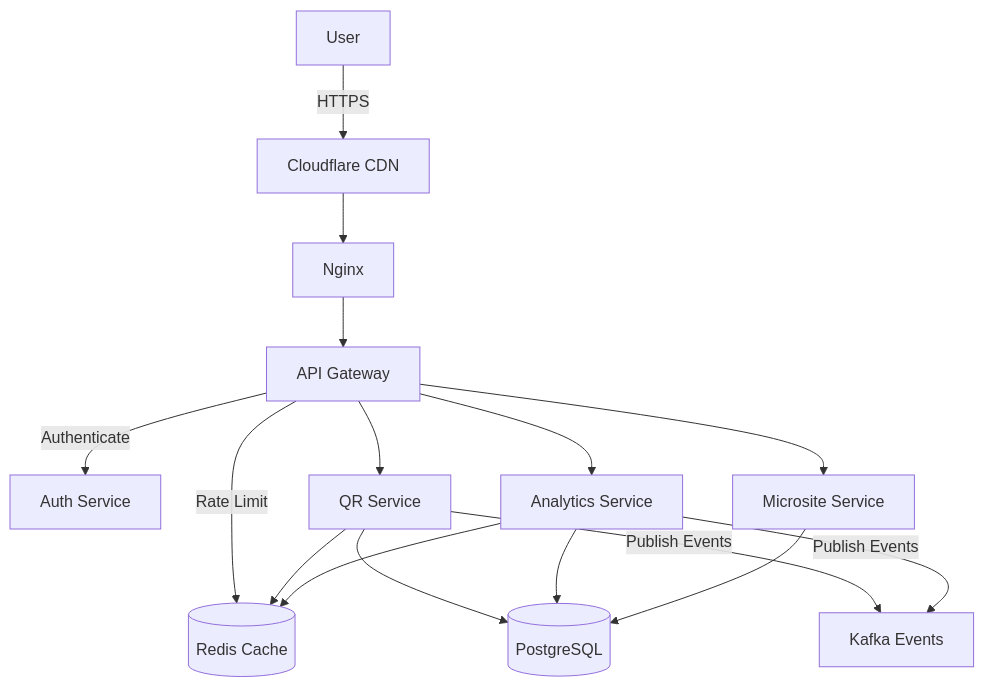
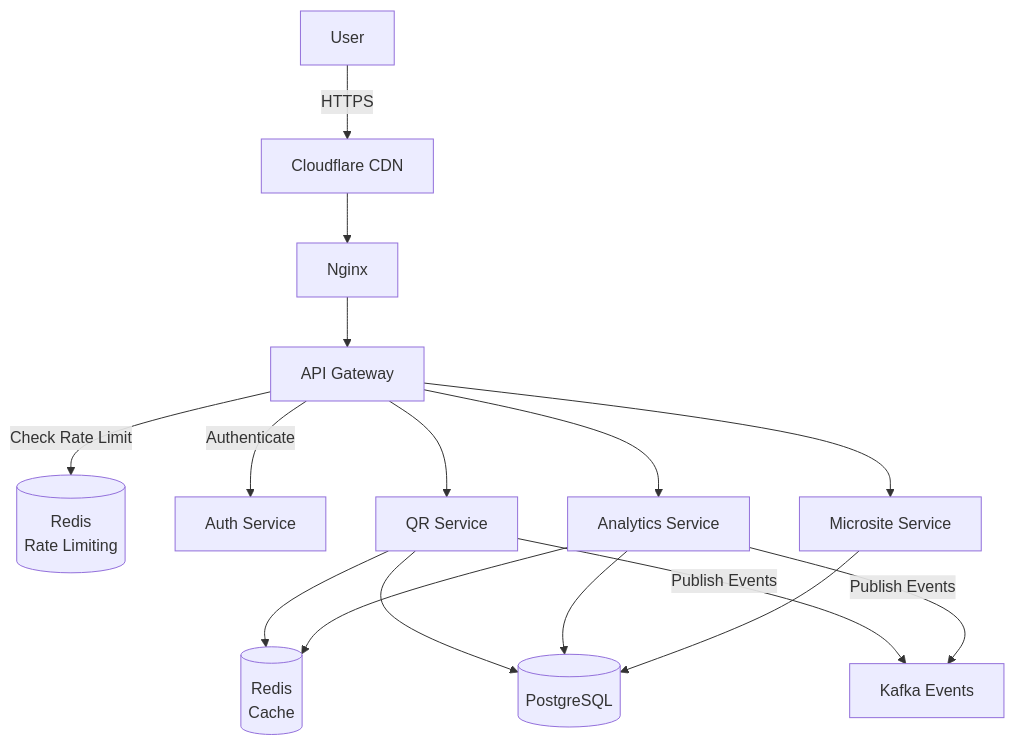
The first of 3 diagrams in README.md (Scanly-io/qr-backend), drawn with Mermaid before and after one commit.

Commit message:
Separate Redis instances to avoid criss-cross lines
- Split Redis into two visual nodes: Rate Limiting and Cache
- Gateway connects only to Rate Limit Redis (cleaner flow)
- Services connect only to Cache Redis (no crossing lines)
- Clearer separation of concerns in the diagram
- Easier to follow the data flow without confusion

````diff
--- a/README.md
+++ b/README.md
@@ -222,35 +222,37 @@
 ```mermaid
 flowchart TB
     User[User]
     CDN[Cloudflare CDN]
     Nginx[Nginx]
     Gateway[API Gateway]
+    RateLimitRedis[(Redis<br/>Rate Limiting)]
     Auth[Auth Service]
     QR[QR Service]
     Analytics[Analytics Service]
     Microsite[Microsite Service]
+    CacheRedis[(Redis<br/>Cache)]
     Postgres[(PostgreSQL)]
-    Redis[(Redis Cache)]
     Kafka[Kafka Events]
     
     User -->|HTTPS| CDN
     CDN --> Nginx
     Nginx --> Gateway
     
+    Gateway -->|Check Rate Limit| RateLimitRedis
     Gateway -->|Authenticate| Auth
-    Gateway -->|Rate Limit| Redis
     
     Gateway --> QR
     Gateway --> Analytics
     Gateway --> Microsite
     
+    QR --> CacheRedis
     QR --> Postgres
+    
+    Analytics --> CacheRedis
     Analytics --> Postgres
+    
     Microsite --> Postgres
-    
-    QR --> Redis
-    Analytics --> Redis
     
     QR -->|Publish Events| Kafka
     Analytics -->|Publish Events| Kafka
 ```
````
